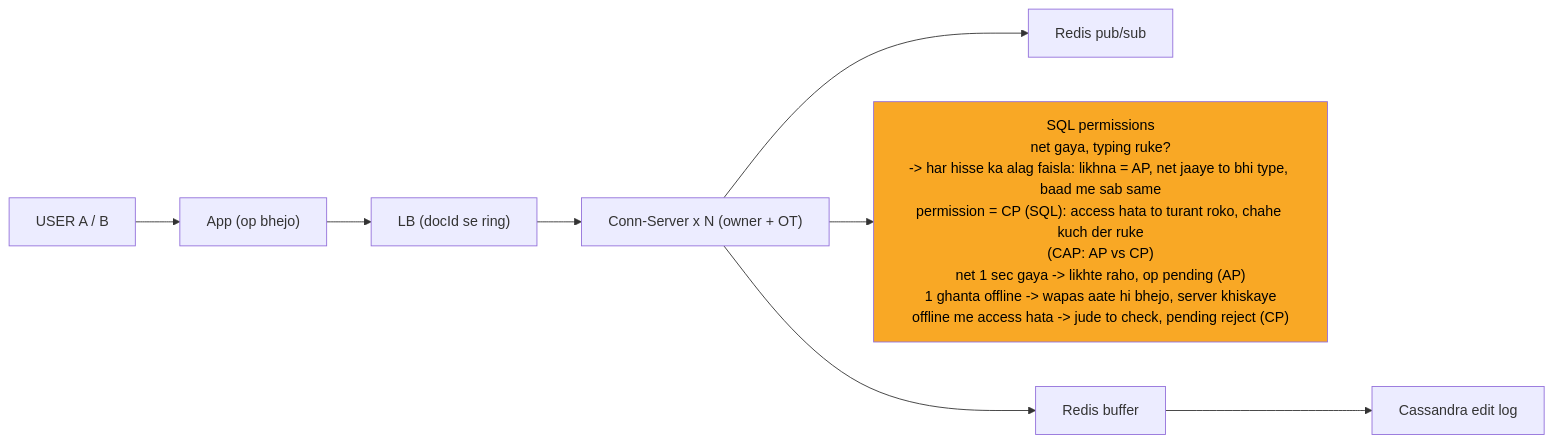
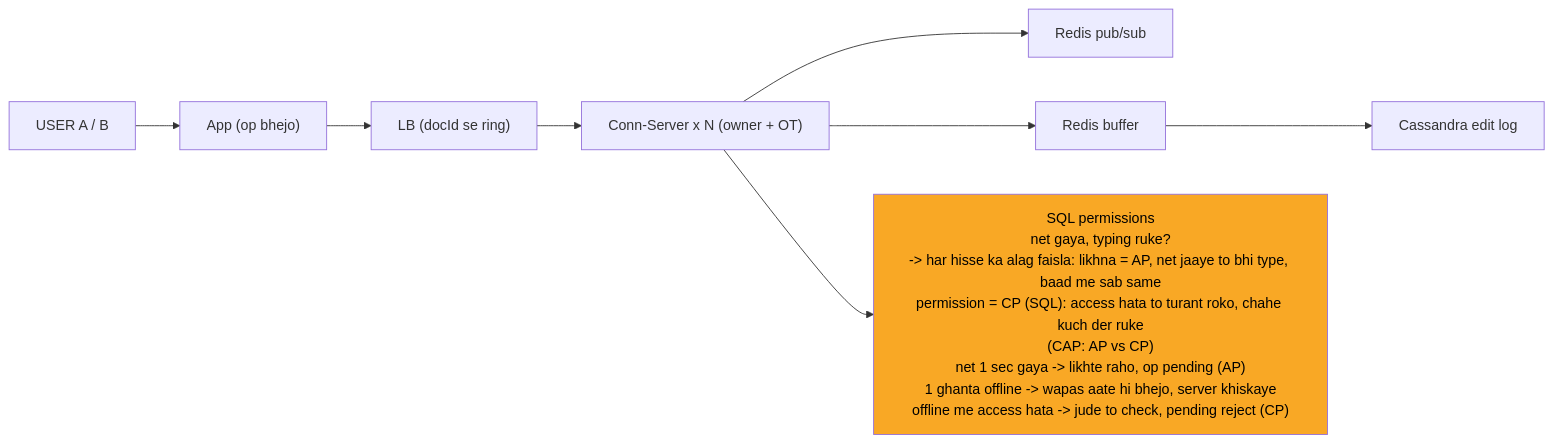
One commit to ArpanMaheshwari144/Prep changed the eighth of 10 diagrams in 04_HLD/SYSTEM_DESIGNS/11_google_docs_collab/11_google_docs_collab.md. Above: the diagram before and after it, drawn with Mermaid. The commit also changed other lines of this file and 13 other files, not shown here.

Commit message:
hld 14 file: har diagram ke daayein andekha dabba, zoom button asli dabbe pe na aaye

````diff
--- a/04_HLD/SYSTEM_DESIGNS/11_google_docs_collab/11_google_docs_collab.md
+++ b/04_HLD/SYSTEM_DESIGNS/11_google_docs_collab/11_google_docs_collab.md
@@ -305,20 +326,23 @@
 ```mermaid
 %%{init: {"flowchart": {"wrappingWidth": 450}}}%%
 flowchart LR
     n_USER["USER A / B"]
     n_App["App (op bhejo)"]
     n_LB["LB (docId se ring)"]
     n_Conn_Server_xN["Conn-Server x N (owner + OT)"]
     n_PS["Redis pub/sub"]
     n_SQL["SQL permissions<br/>net gaya, typing ruke?<br/>-> har hisse ka alag faisla: likhna = AP, net jaaye to bhi type, baad me sab same<br/>permission = CP (SQL): access hata to turant roko, chahe kuch der ruke<br/>(CAP: AP vs CP)<br/>net 1 sec gaya -> likhte raho, op pending (AP)<br/>1 ghanta offline -> wapas aate hi bhejo, server khiskaye<br/>offline me access hata -> jude to check, pending reject (CP)"]
     n_BUF["Redis buffer"]
     n_CAS["Cassandra edit log"]
     n_USER --> n_App
     n_App --> n_LB
     n_LB --> n_Conn_Server_xN
     n_Conn_Server_xN --> n_PS
     n_Conn_Server_xN --> n_BUF
     n_Conn_Server_xN --> n_SQL
     n_BUF --> n_CAS
+    n_pad["xxxxxxxxxxxxxxxx"]
+    n_SQL ~~~ n_pad
     style n_SQL fill:#f9a825,color:#000
+    style n_pad fill:none,stroke:none,color:#ffffff00
 ```
````
